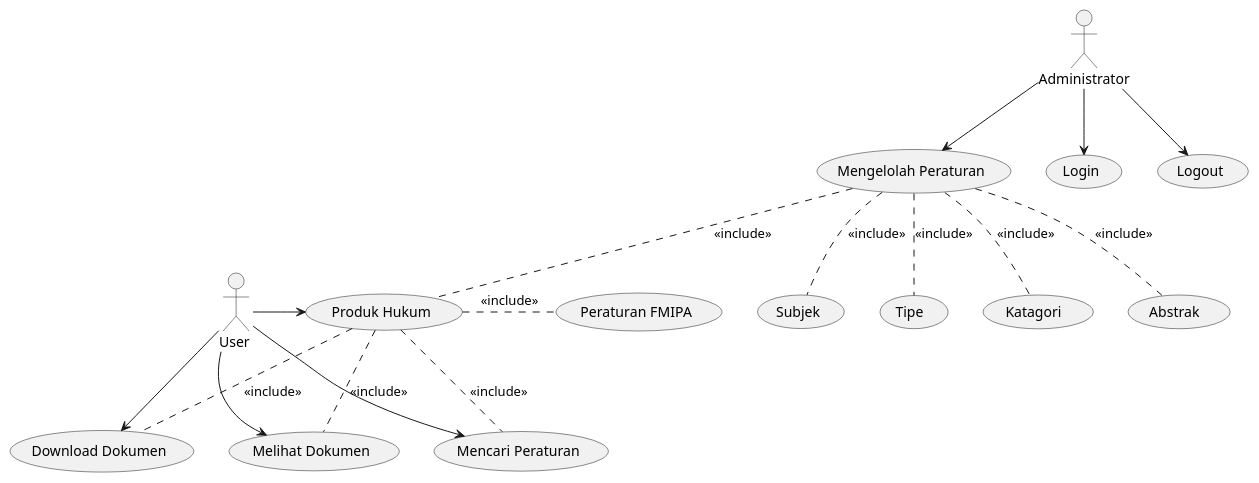
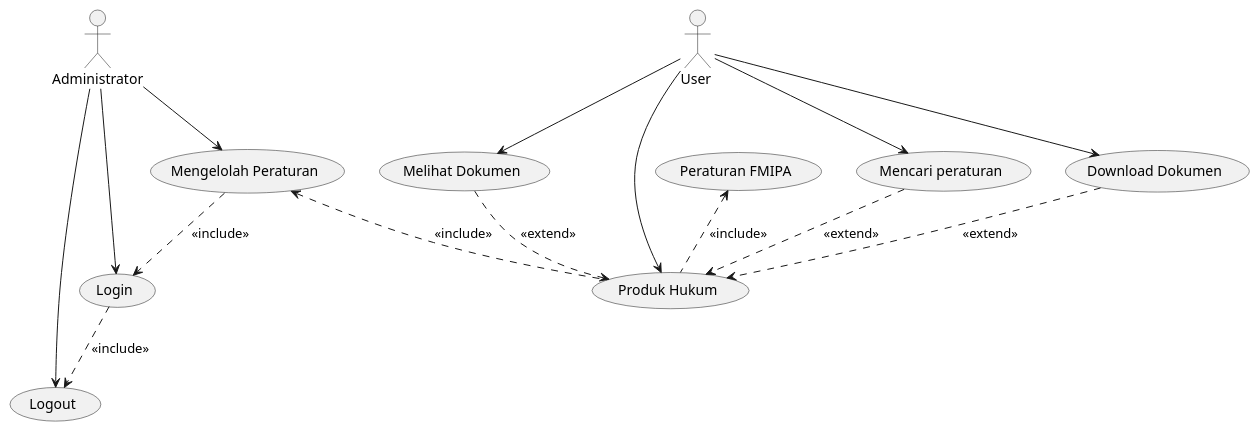
One commit to MIRLANI/JDIH_App_11 changed the diagram in Desain Aplikasi/Pembaruan/admin/useCaseDiagram.pu. Above: the diagram before and after it, drawn with PlantUML. The commit also changed 46 other files, not shown here.

```diff
--- a/Desain Aplikasi/Pembaruan/admin/useCaseDiagram.pu
+++ b/Desain Aplikasi/Pembaruan/admin/useCaseDiagram.pu
@@ -1,58 +1,43 @@
 @startuml
 
 
+' left to right direction
 
 :Administrator: as  admin
 :User : as user
 
 
-
-
+' package "Sistem JDIH" {
 usecase "Login" as login
 usecase "Logout" as logout
-usecase "Mengelolah Peraturan" as inputPeraturan
-usecase "Subjek" as subjekPeraturan
-usecase "Tipe " as tipePeraturan
-usecase "Katagori " as katagoriPeraturan
-usecase "Abstrak " as abstrakPeraturan
+usecase "Mengelolah Peraturan" as mengelolah
 
 usecase "Download Dokumen" as downloadDokumen
 usecase "Melihat Dokumen" as melihatDokumen
 usecase "Produk Hukum" as produkHukum
-usecase "Peraturan FMIPA" as peraturanFmipa
-usecase "Mencari Peraturan" as mencariPeraturan
+usecase "Mencari peraturan" as mencariPeraturan
+usecase "Peraturan FMIPA" as fmipa
+
+' }
+
+login  ..> logout : <<include>>
+mengelolah ..> login: <<include>>
+mengelolah <.. produkHukum :<<include>>
 
 
-admin --> login
-admin --> logout
-admin --> inputPeraturan
-
-inputPeraturan .. subjekPeraturan : <<include>>
-inputPeraturan .. tipePeraturan : <<include>>
-inputPeraturan .. katagoriPeraturan : <<include>>
-inputPeraturan .. produkHukum : <<include>>
-inputPeraturan .. abstrakPeraturan : <<include>>
+downloadDokumen ..> produkHukum :<<extend>>
+melihatDokumen ..> produkHukum: <<extend>>
+mencariPeraturan ..> produkHukum: <<extend>>
+fmipa <.. produkHukum :<<include>>
 
 
-user -> downloadDokumen
+admin --> mengelolah
+admin -> login
+admin -> logout
 user --> melihatDokumen
-user -> produkHukum
-user -> mencariPeraturan
-produkHukum .. mencariPeraturan : <<include>>
-produkHukum .. downloadDokumen : <<include>>
-produkHukum .. melihatDokumen : <<include>>
-produkHukum . peraturanFmipa : <<include>>
-
-
-
-
-
-
-
-
-
-
-
+user --> produkHukum
+user --> mencariPeraturan
+user --> downloadDokumen
 
 
 @enduml
```
